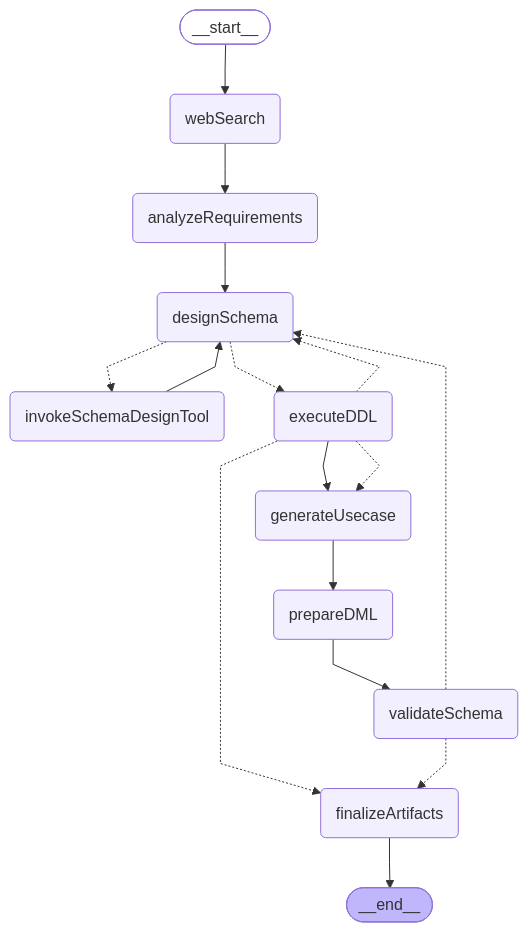
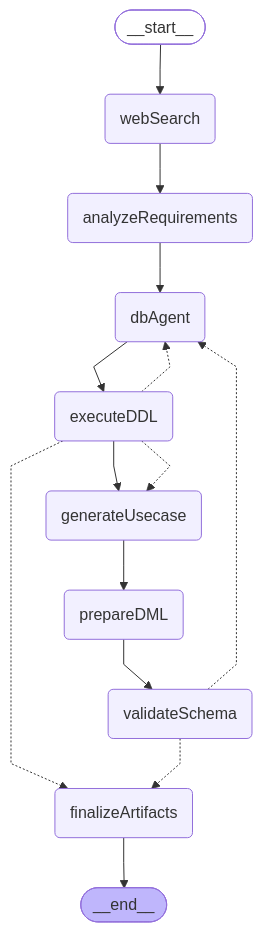
Before and after one commit to yzkee/liam: the first of 2 diagrams in frontend/internal-packages/agent/src/chat/workflow/README.md, drawn with Mermaid. The commit also changed other lines of this file and 2 other files, not shown here.

First line of the commit message:
test: add DB Agent subgraph tests and update documentation

````diff
--- a/frontend/internal-packages/agent/src/chat/workflow/README.md
+++ b/frontend/internal-packages/agent/src/chat/workflow/README.md
@@ -7,33 +7,30 @@
 ```mermaid
 %%{init: {'flowchart': {'curve': 'linear'}}}%%
 graph TD;
 	__start__([<p>__start__</p>]):::first
 	webSearch(webSearch)
 	analyzeRequirements(analyzeRequirements)
-	designSchema(designSchema)
-	invokeSchemaDesignTool(invokeSchemaDesignTool)
+	dbAgent(dbAgent)
 	executeDDL(executeDDL)
 	generateUsecase(generateUsecase)
 	prepareDML(prepareDML)
 	validateSchema(validateSchema)
 	finalizeArtifacts(finalizeArtifacts)
 	__end__([<p>__end__</p>]):::last
 	__start__ --> webSearch;
-	analyzeRequirements --> designSchema;
+	analyzeRequirements --> dbAgent;
+	dbAgent --> executeDDL;
 	executeDDL --> generateUsecase;
 	finalizeArtifacts --> __end__;
 	generateUsecase --> prepareDML;
-	invokeSchemaDesignTool --> designSchema;
 	prepareDML --> validateSchema;
 	webSearch --> analyzeRequirements;
-	designSchema -.-> invokeSchemaDesignTool;
-	designSchema -.-> executeDDL;
-	executeDDL -.-> designSchema;
+	executeDDL -.-> dbAgent;
 	executeDDL -.-> finalizeArtifacts;
 	executeDDL -.-> generateUsecase;
-	validateSchema -.-> designSchema;
+	validateSchema -.-> dbAgent;
 	validateSchema -.-> finalizeArtifacts;
 	classDef default fill:#f2f0ff,line-height:1.2;
 	classDef first fill-opacity:0;
 	classDef last fill:#bfb6fc;
 ```
````
